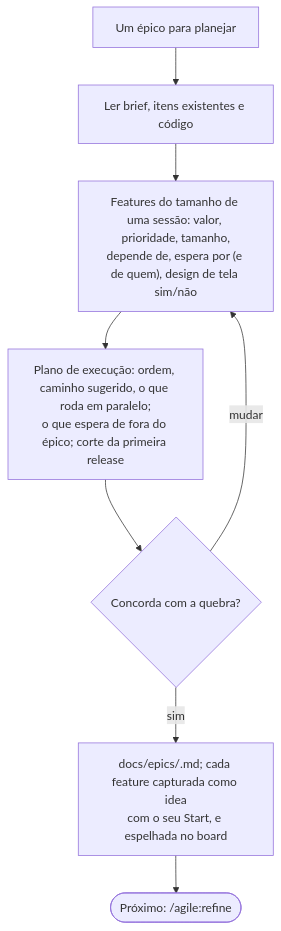
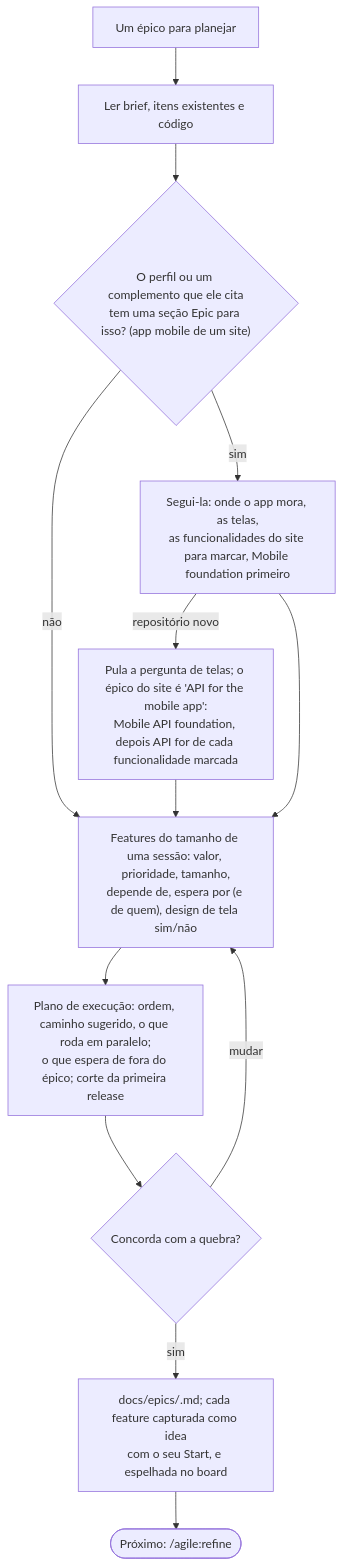
Before and after one commit to alexcanario/simulab: the sixth of 20 diagrams in docs/agile/workflow.pt-BR.md, drawn with Mermaid. The commit also changed other lines of this file and 17 other files, not shown here.

````diff
--- a/docs/agile/workflow.pt-BR.md
+++ b/docs/agile/workflow.pt-BR.md
@@ -1496,10 +2064,15 @@
 ```mermaid
 flowchart TD
     A["Um épico para planejar"] --> B["Ler brief, itens existentes e código"]
-    B --> C["Features do tamanho de uma sessão: valor, prioridade, tamanho,<br/>depende de, espera por (e de quem), design de tela sim/não"]
+    B --> B1{"O perfil ou um complemento que ele cita<br/>tem uma seção Epic para isso? (app mobile de um site)"}
+    B1 -->|sim| B2["Segui-la: onde o app mora, as telas,<br/>as funcionalidades do site para marcar, Mobile foundation primeiro"]
+    B1 -->|não| C
+    B2 -->|repositório novo| B3["Pula a pergunta de telas; o épico do site é 'API for the mobile app':<br/>Mobile API foundation, depois API for de cada funcionalidade marcada"]
+    B3 --> C
+    B2 --> C["Features do tamanho de uma sessão: valor, prioridade, tamanho,<br/>depende de, espera por (e de quem), design de tela sim/não"]
     C --> D["Plano de execução: ordem, caminho sugerido, o que roda em paralelo;<br/>o que espera de fora do épico; corte da primeira release"]
     D --> E{"Concorda com a quebra?"}
     E -->|mudar| C
     E -->|sim| F["docs/epics/<slug>.md; cada feature capturada como idea<br/>com o seu Start, e espelhada no board"]
     F --> G(["Próximo: /agile:refine <primeira feature que não espera por nada>"])
 ```
````
